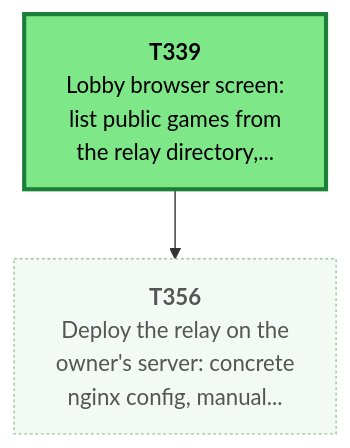
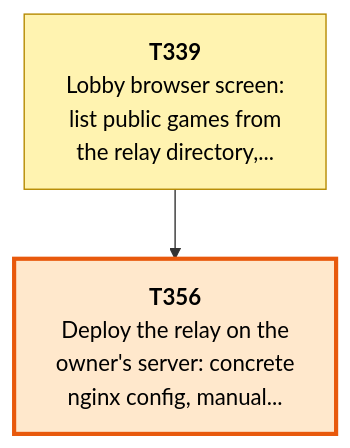
Before and after one commit to Kenmura/Unciv: the first of 7 diagrams in csharp/migration/DEPENDENCY_MAP.md, drawn with Mermaid. The commit also changed other lines of this file and 1 other file, not shown here.

````diff
--- a/csharp/migration/DEPENDENCY_MAP.md
+++ b/csharp/migration/DEPENDENCY_MAP.md
@@ -62,15 +62,15 @@
 ```mermaid
 flowchart TD
   T339["<b>T339</b><br/>Lobby browser screen:<br/>list public games from<br/>the relay directory,..."]
   T356["<b>T356</b><br/>Deploy the relay on the<br/>owner's server: concrete<br/>nginx config, manual..."]
   T339 --> T356
   classDef waiting fill:#f3faf3,stroke:#9bc49b,color:#555,stroke-dasharray:2 2
   classDef ondeck fill:#ffe8cc,stroke:#e8590c,stroke-width:3px,color:#000
   classDef ready fill:#7ee787,stroke:#1a7f37,stroke-width:3px,color:#000
   classDef prog fill:#fff3b0,stroke:#b58900,color:#000
   classDef review fill:#cfe4ff,stroke:#1f6feb,color:#000
   classDef blocked fill:#ffd6d6,stroke:#c62828,color:#000
   classDef done fill:#eeeeee,stroke:#999999,color:#666,stroke-dasharray:4 3
-  class T339 ready
-  class T356 waiting
+  class T339 prog
+  class T356 ondeck
 ```
````
